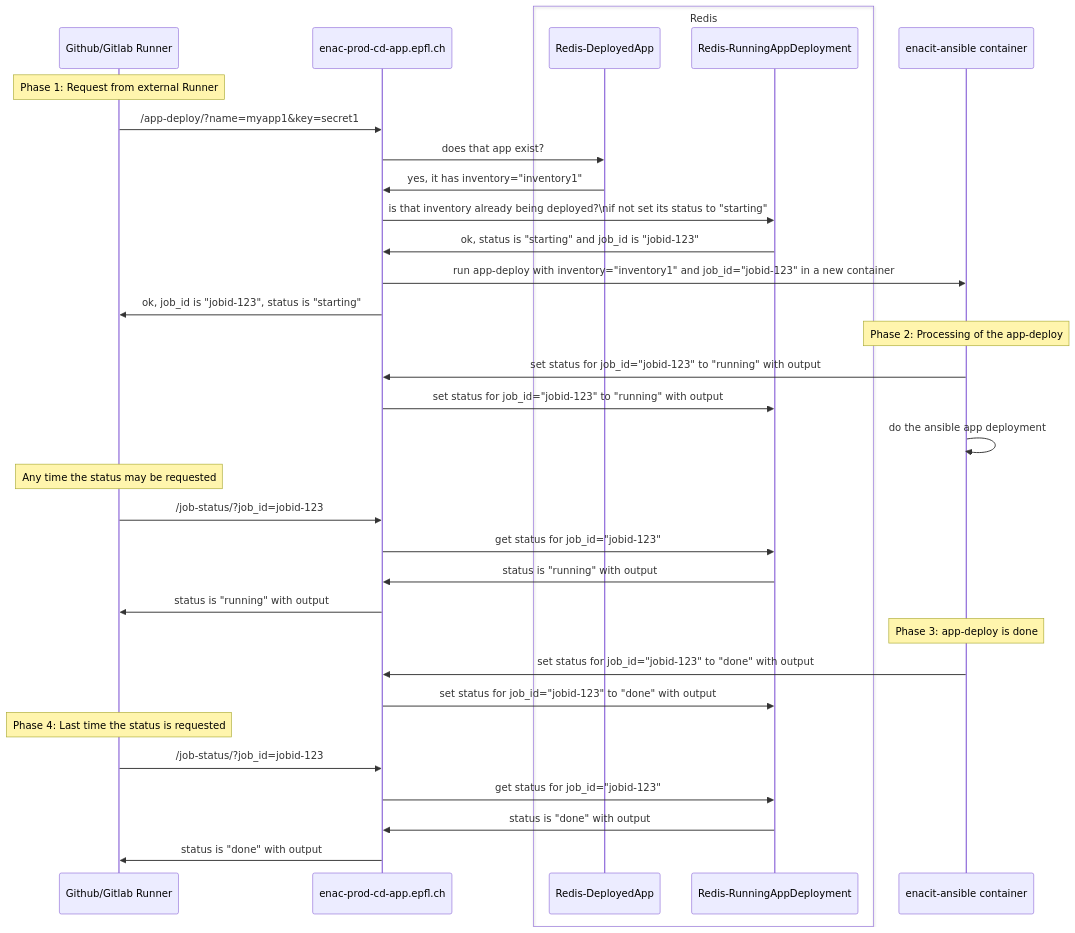
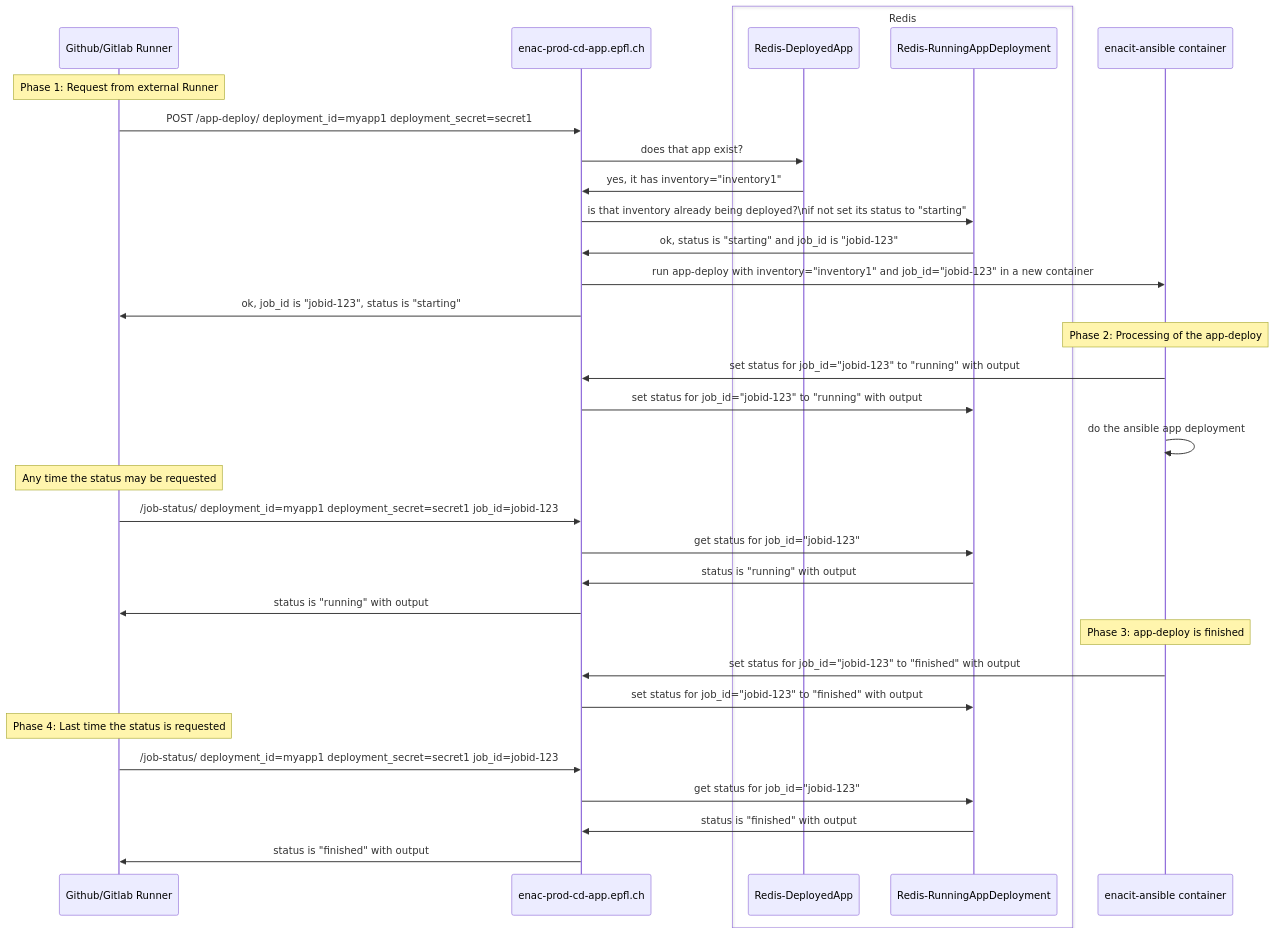
One commit to EPFL-ENAC/enac-cd-app changed the first of 2 diagrams in README.md. Above: the diagram before and after it, drawn with Mermaid. The commit also changed other lines of this file and 5 other files, not shown here.

First line of the commit message:
feat(code review): rename to app_deployment_id and app_deployment_secret

````diff
--- a/README.md
+++ b/README.md
@@ -7,42 +7,42 @@
 ```mermaid
 sequenceDiagram
     participant GHR as Github/Gitlab Runner
     participant CD as enac-prod-cd-app.epfl.ch
     box Redis
     participant R-App as Redis-DeployedApp
     participant R-Running as Redis-RunningAppDeployment
     end
     participant enacit-ansible as enacit-ansible container
 
     Note over GHR: Phase 1: Request from external Runner
 
-    GHR->>CD: /app-deploy/?name=myapp1&key=secret1
+    GHR->>CD: POST /app-deploy/ deployment_id=myapp1 deployment_secret=secret1
     CD->>R-App: does that app exist?
     R-App->>CD: yes, it has inventory="inventory1"
     CD->>R-Running: is that inventory already being deployed?\nif not set its status to "starting"
     R-Running->>CD: ok, status is "starting" and job_id is "jobid-123"
     CD->>enacit-ansible: run app-deploy with inventory="inventory1" and job_id="jobid-123" in a new container
     CD->>GHR: ok, job_id is "jobid-123", status is "starting"
 
     Note over enacit-ansible: Phase 2: Processing of the app-deploy
     enacit-ansible->>CD: set status for job_id="jobid-123" to "running" with output
     CD->>R-Running: set status for job_id="jobid-123" to "running" with output
     enacit-ansible->>enacit-ansible: do the ansible app deployment
 
     Note over GHR: Any time the status may be requested
-    GHR->>CD: /job-status/?job_id=jobid-123
+    GHR->>CD: /job-status/ deployment_id=myapp1 deployment_secret=secret1 job_id=jobid-123
     CD->>R-Running: get status for job_id="jobid-123"
     R-Running->>CD: status is "running" with output
     CD->>GHR: status is "running" with output
 
-    Note over enacit-ansible: Phase 3: app-deploy is done
-    enacit-ansible->>CD: set status for job_id="jobid-123" to "done" with output
-    CD->>R-Running: set status for job_id="jobid-123" to "done" with output
+    Note over enacit-ansible: Phase 3: app-deploy is finished
+    enacit-ansible->>CD: set status for job_id="jobid-123" to "finished" with output
+    CD->>R-Running: set status for job_id="jobid-123" to "finished" with output
 
     Note over GHR: Phase 4: Last time the status is requested
-    GHR->>CD: /job-status/?job_id=jobid-123
+    GHR->>CD: /job-status/ deployment_id=myapp1 deployment_secret=secret1 job_id=jobid-123
     CD->>R-Running: get status for job_id="jobid-123"
-    R-Running->>CD: status is "done" with output
-    CD->>GHR: status is "done" with output
+    R-Running->>CD: status is "finished" with output
+    CD->>GHR: status is "finished" with output
 
 ```
````
